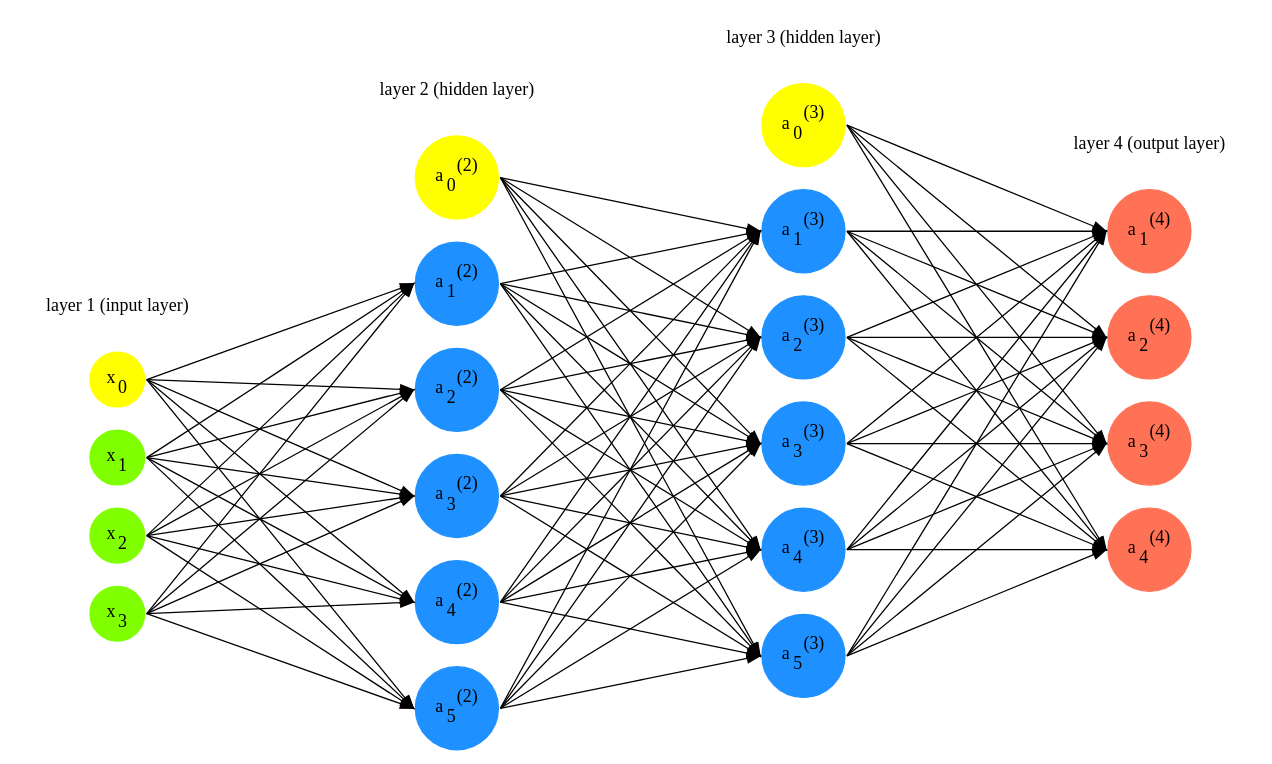
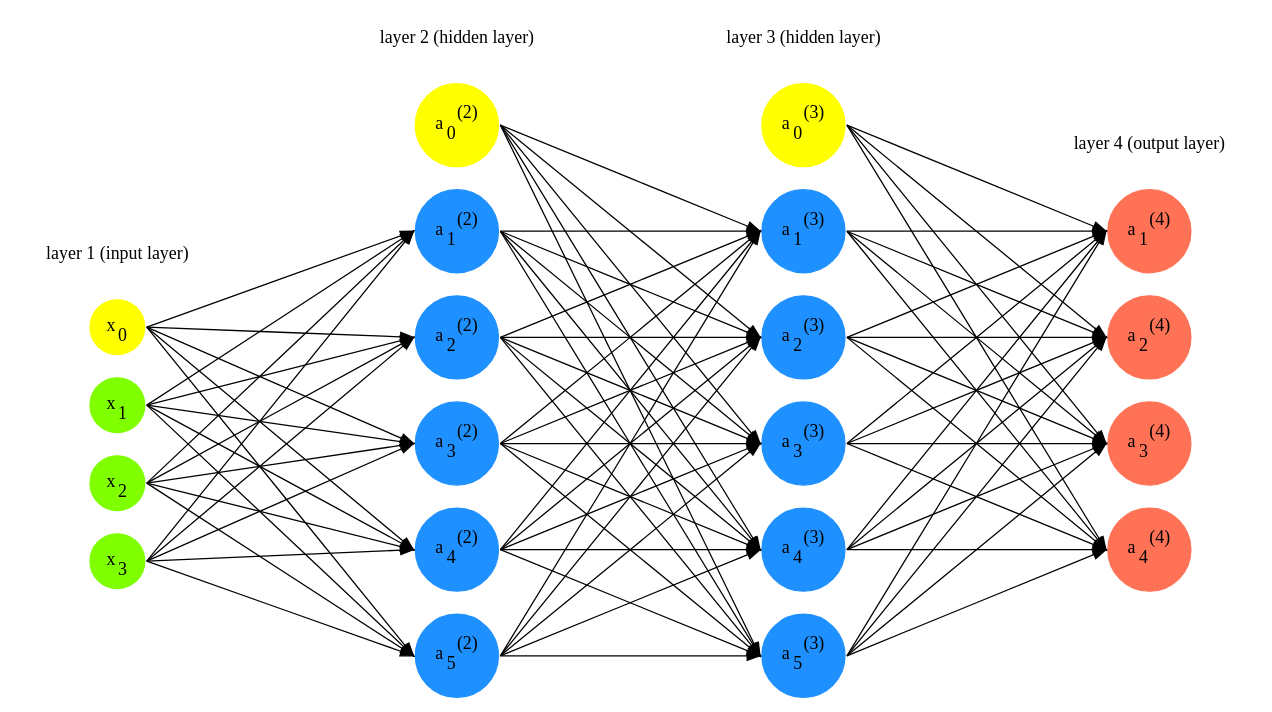
Before and after one commit to xxks-kkk/Code-for-blog: the diagram in 2017/graphviz-drawings/nn3.dot, drawn with Graphviz.

Commit message:
Finish nn3

```diff
--- a/2017/graphviz-drawings/nn3.dot
+++ b/2017/graphviz-drawings/nn3.dot
@@ -1,70 +1,71 @@
 digraph G {
     rankdir = LR;
     splines=false;
     edge[style=invis];
     ranksep= 1.4;
     {
     node [shape=circle, color=yellow, style=filled, fillcolor=yellow];
     x0 [label=<x<sub>0</sub>>]; 
     a02 [label=<a<sub>0</sub><sup>(2)</sup>>]; 
     a03 [label=<a<sub>0</sub><sup>(3)</sup>>];
     }
     {
     node [shape=circle, color=chartreuse, style=filled, fillcolor=chartreuse];
     x1 [label=<x<sub>1</sub>>];
     x2 [label=<x<sub>2</sub>>]; 
     x3 [label=<x<sub>3</sub>>];
 }
 {
     node [shape=circle, color=dodgerblue, style=filled, fillcolor=dodgerblue];
     a12 [label=<a<sub>1</sub><sup>(2)</sup>>];
     a22 [label=<a<sub>2</sub><sup>(2)</sup>>];
     a32 [label=<a<sub>3</sub><sup>(2)</sup>>];
     a42 [label=<a<sub>4</sub><sup>(2)</sup>>];
     a52 [label=<a<sub>5</sub><sup>(2)</sup>>];
     a13 [label=<a<sub>1</sub><sup>(3)</sup>>];
     a23 [label=<a<sub>2</sub><sup>(3)</sup>>];
     a33 [label=<a<sub>3</sub><sup>(3)</sup>>];
     a43 [label=<a<sub>4</sub><sup>(3)</sup>>];
     a53 [label=<a<sub>5</sub><sup>(3)</sup>>];
 }
 {
     node [shape=circle, color=coral1, style=filled, fillcolor=coral1];
     O1 [label=<a<sub>1</sub><sup>(4)</sup>>];
     O2 [label=<a<sub>2</sub><sup>(4)</sup>>]; 
     O3 [label=<a<sub>3</sub><sup>(4)</sup>>]; 
     O4 [label=<a<sub>4</sub><sup>(4)</sup>>];
 }
     {
         rank=same;
         x0->x1->x2->x3;
     }
     {
         rank=same;
         a02->a12->a22->a32->a42->a52;
     }
     {
         rank=same;
         a03->a13->a23->a33->a43->a53;
     }
     {
         rank=same;
         O1->O2->O3->O4;
     }
+    a02->a03;  // prevent tilting
     l0 [shape=plaintext, label="layer 1 (input layer)"];
     l0->x0;
     {rank=same; l0;x0};
     l1 [shape=plaintext, label="layer 2 (hidden layer)"];
     l1->a02;
     {rank=same; l1;a02};
     l2 [shape=plaintext, label="layer 3 (hidden layer)"];
     l2->a03;
     {rank=same; l2;a03};
     l3 [shape=plaintext, label="layer 4 (output layer)"];
     l3->O1;
     {rank=same; l3;O1};
     edge[style=solid, tailport=e, headport=w];
     {x0; x1; x2; x3} -> {a12;a22;a32;a42;a52};
     {a02;a12;a22;a32;a42;a52} -> {a13;a23;a33;a43;a53};
     {a03;a13;a23;a33;a43;a53} -> {O1,O2,O3,O4};
 }
```
